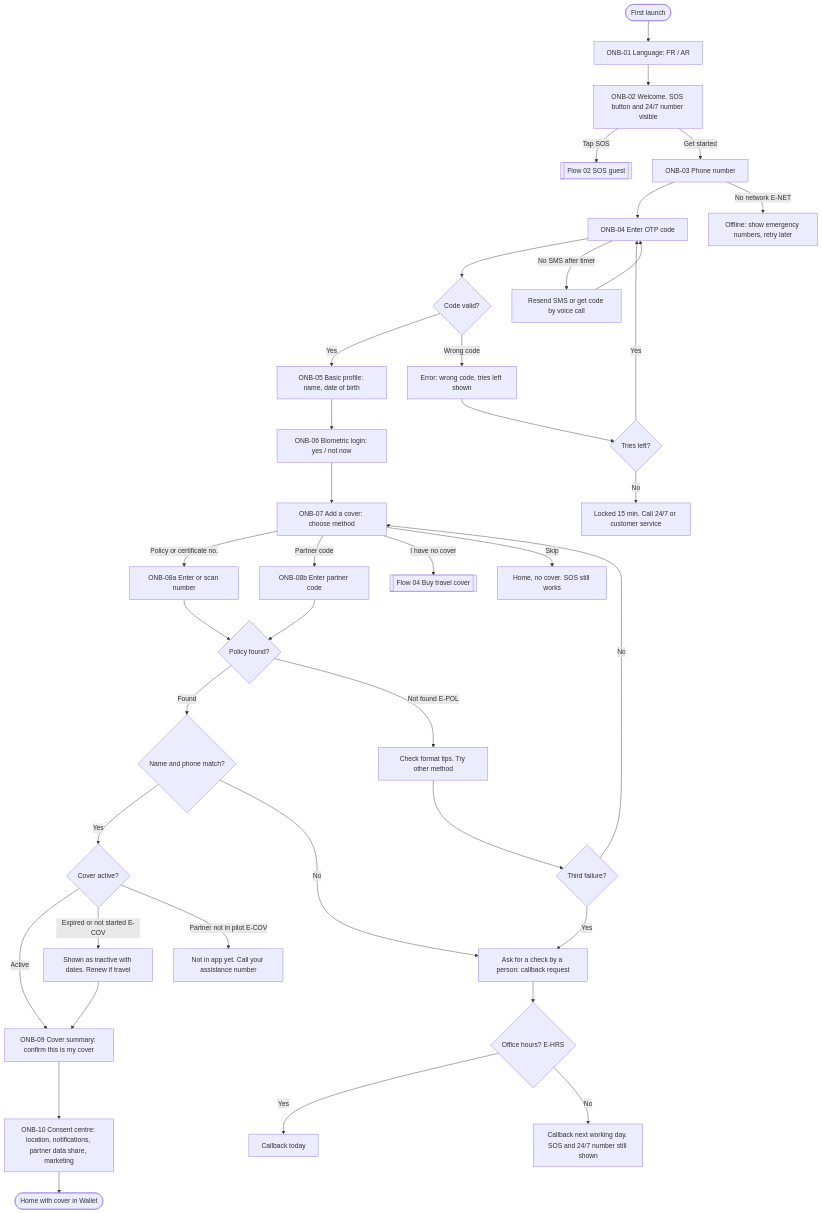
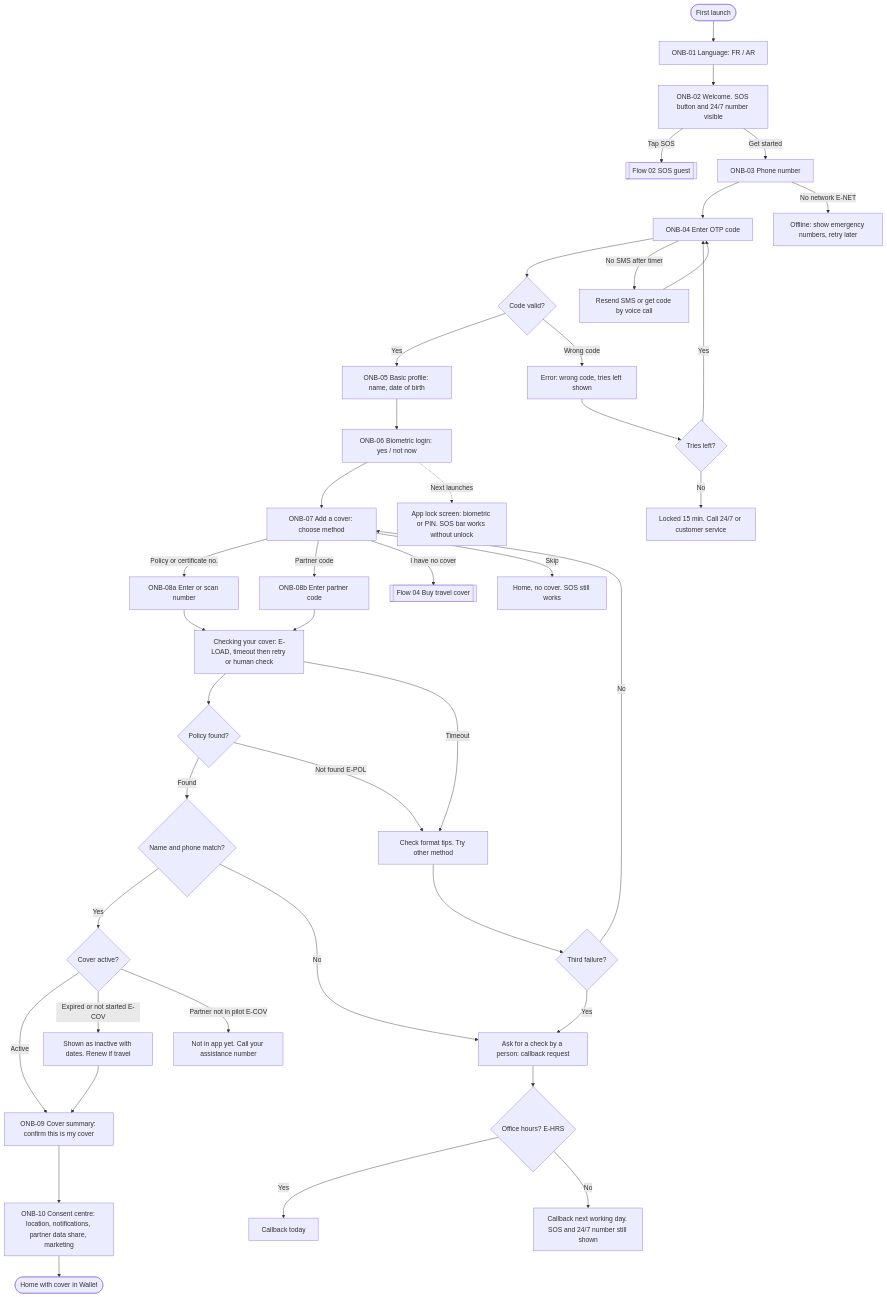
One commit to Dragax10/DC-DT changed the diagram in africa-first-assist/studio/design/flows/01-onboarding-cover-activation.md. Above: the diagram before and after it, drawn with Mermaid. The commit also changed other lines of this file and 6 other files, not shown here.

First line of the commit message:
Africa First Assist: flow fixes in progress

````diff
--- a/africa-first-assist/studio/design/flows/01-onboarding-cover-activation.md
+++ b/africa-first-assist/studio/design/flows/01-onboarding-cover-activation.md
@@ -23,41 +23,44 @@
 ```mermaid
 flowchart TD
     S0(["First launch"]) --> S1["ONB-01 Language: FR / AR"]
     S1 --> S2["ONB-02 Welcome. SOS button and 24/7 number visible"]
     S2 -->|"Tap SOS"| SOSF[["Flow 02 SOS guest"]]
     S2 -->|"Get started"| S3["ONB-03 Phone number"]
     S3 --> S4["ONB-04 Enter OTP code"]
     S4 --> D1{"Code valid?"}
     D1 -->|"Yes"| S5["ONB-05 Basic profile: name, date of birth"]
     D1 -->|"Wrong code"| E1["Error: wrong code, tries left shown"]
     E1 --> D2{"Tries left?"}
     D2 -->|"Yes"| S4
     D2 -->|"No"| E2["Locked 15 min. Call 24/7 or customer service"]
     S4 -->|"No SMS after timer"| E3["Resend SMS or get code by voice call"]
     E3 --> S4
     S3 -->|"No network E-NET"| E4["Offline: show emergency numbers, retry later"]
     S5 --> S6["ONB-06 Biometric login: yes / not now"]
     S6 --> S7["ONB-07 Add a cover: choose method"]
     S7 -->|"Policy or certificate no."| S8["ONB-08a Enter or scan number"]
     S7 -->|"Partner code"| S9["ONB-08b Enter partner code"]
     S7 -->|"I have no cover"| BUYF[["Flow 04 Buy travel cover"]]
     S7 -->|"Skip"| HOMEA["Home, no cover. SOS still works"]
-    S8 --> D3{"Policy found?"}
-    S9 --> D3
+    S8 --> L1["Checking your cover: E-LOAD, timeout then retry or human check"]
+    S9 --> L1
+    L1 --> D3{"Policy found?"}
+    L1 -->|"Timeout"| E5
     D3 -->|"Found"| D4{"Name and phone match?"}
     D3 -->|"Not found E-POL"| E5["Check format tips. Try other method"]
     E5 --> D5{"Third failure?"}
     D5 -->|"No"| S7
     D5 -->|"Yes"| E6["Ask for a check by a person: callback request"]
     E6 --> D6{"Office hours? E-HRS"}
     D6 -->|"Yes"| E7["Callback today"]
     D6 -->|"No"| E8["Callback next working day. SOS and 24/7 number still shown"]
     D4 -->|"Yes"| D7{"Cover active?"}
     D4 -->|"No"| E6
     D7 -->|"Active"| S10["ONB-09 Cover summary: confirm this is my cover"]
     D7 -->|"Expired or not started E-COV"| E9["Shown as inactive with dates. Renew if travel"]
     D7 -->|"Partner not in pilot E-COV"| E10["Not in app yet. Call your assistance number"]
     E9 --> S10
     S10 --> S11["ONB-10 Consent centre: location, notifications, partner data share, marketing"]
     S11 --> HOMEB(["Home with cover in Wallet"])
+    S6 -.->|"Next launches"| LOCKS["App lock screen: biometric or PIN. SOS bar works without unlock"]
 ```
````
